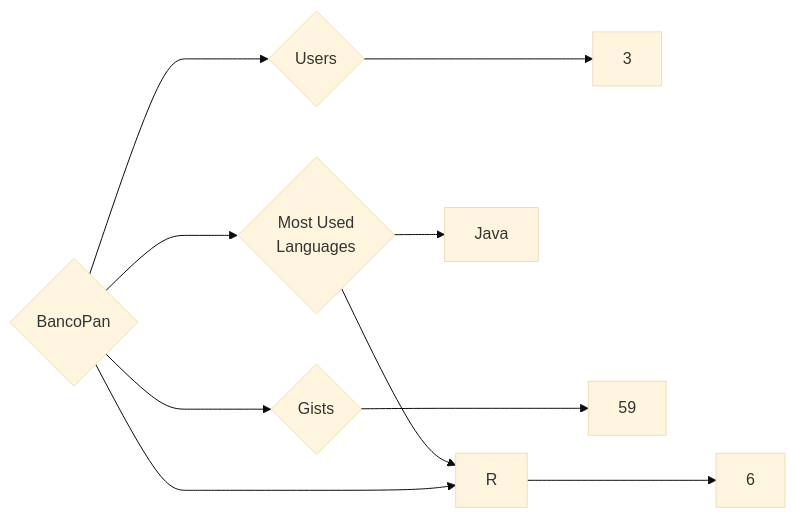
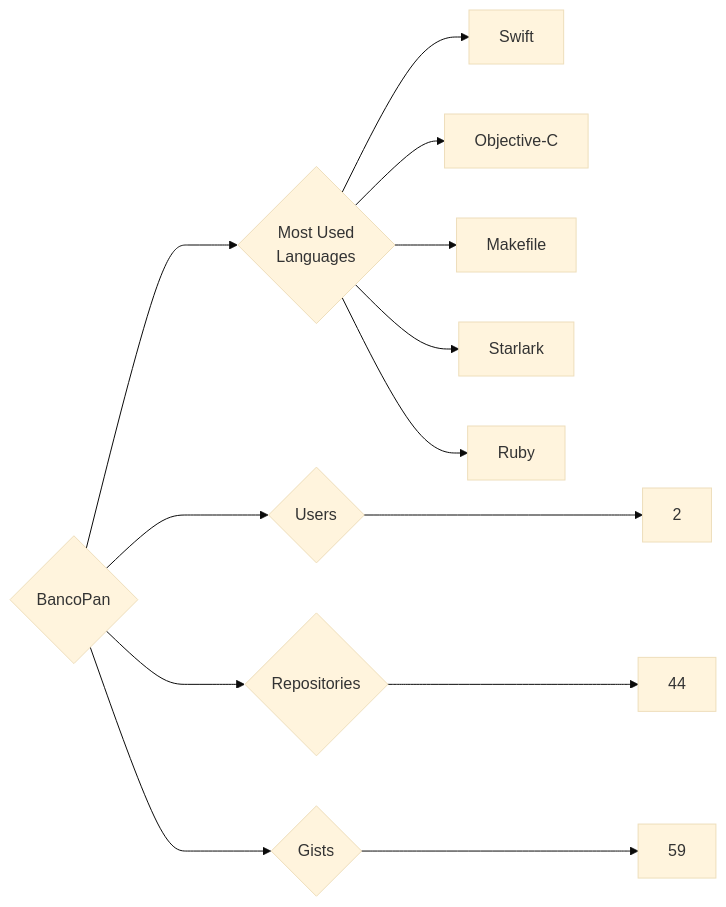
Before and after one commit to trickest/insiders: the diagram in targets/BancoPan/README.md, drawn with Mermaid (base theme). The commit also changed 997 other files, not shown here.

````diff
--- a/targets/BancoPan/README.md
+++ b/targets/BancoPan/README.md
@@ -3,10 +3,13 @@
 ```mermaid
 graph LR
 COMPANY_NAME{BancoPan}
-COMPANY_NAME ---> U{Users} ---> UN[3]
-COMPANY_NAME ---> R{Repositories} ---> RN[6]
+COMPANY_NAME ---> U{Users} ---> UN[2]
+COMPANY_NAME ---> R{Repositories} ---> RN[44]
 COMPANY_NAME ---> G{Gists} ---> GN[59]
 COMPANY_NAME ---> ML{Most Used<br>Languages}
-ML --> Java[Java]
-ML --> R[R]
+ML --> Swift[Swift]
+ML --> Objective-C[Objective-C]
+ML --> Makefile[Makefile]
+ML --> Starlark[Starlark]
+ML --> Ruby[Ruby]
 ```
````
